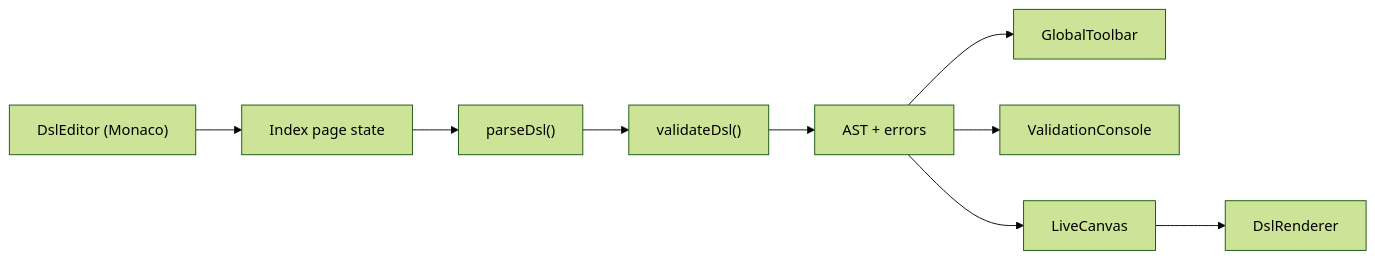
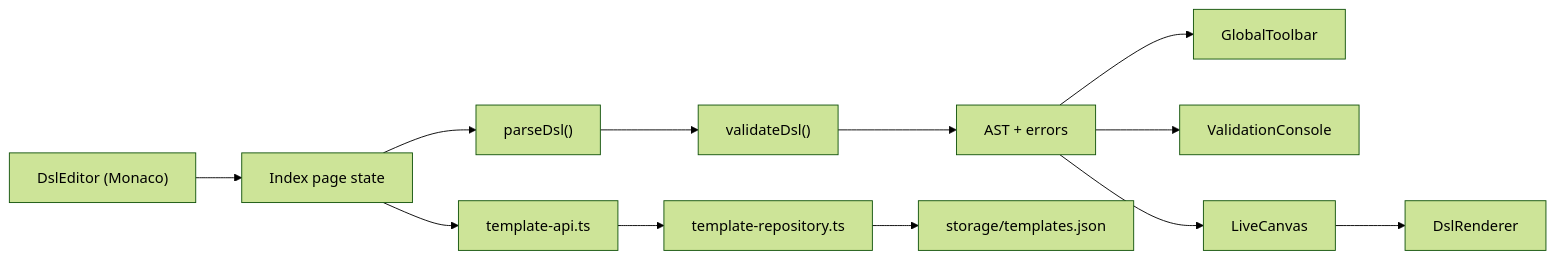
Before and after one commit to uzielgl/code-canvas: the diagram in docs/architecture/overview.md, drawn with Mermaid (forest theme). The commit also changed other lines of this file and 19 other files, not shown here.

````diff
--- a/docs/architecture/overview.md
+++ b/docs/architecture/overview.md
@@ -7,11 +7,14 @@
 ```mermaid
 flowchart LR
   Editor["DslEditor (Monaco)"] --> Page["Index page state"]
   Page --> Parser["parseDsl()"]
   Parser --> Schema["validateDsl()"]
   Schema --> State["AST + errors"]
   State --> Toolbar["GlobalToolbar"]
   State --> Console["ValidationConsole"]
   State --> Canvas["LiveCanvas"]
   Canvas --> Renderer["DslRenderer"]
+  Page --> Api["template-api.ts"]
+  Api --> Repo["template-repository.ts"]
+  Repo --> Disk["storage/templates.json"]
 ```
````
